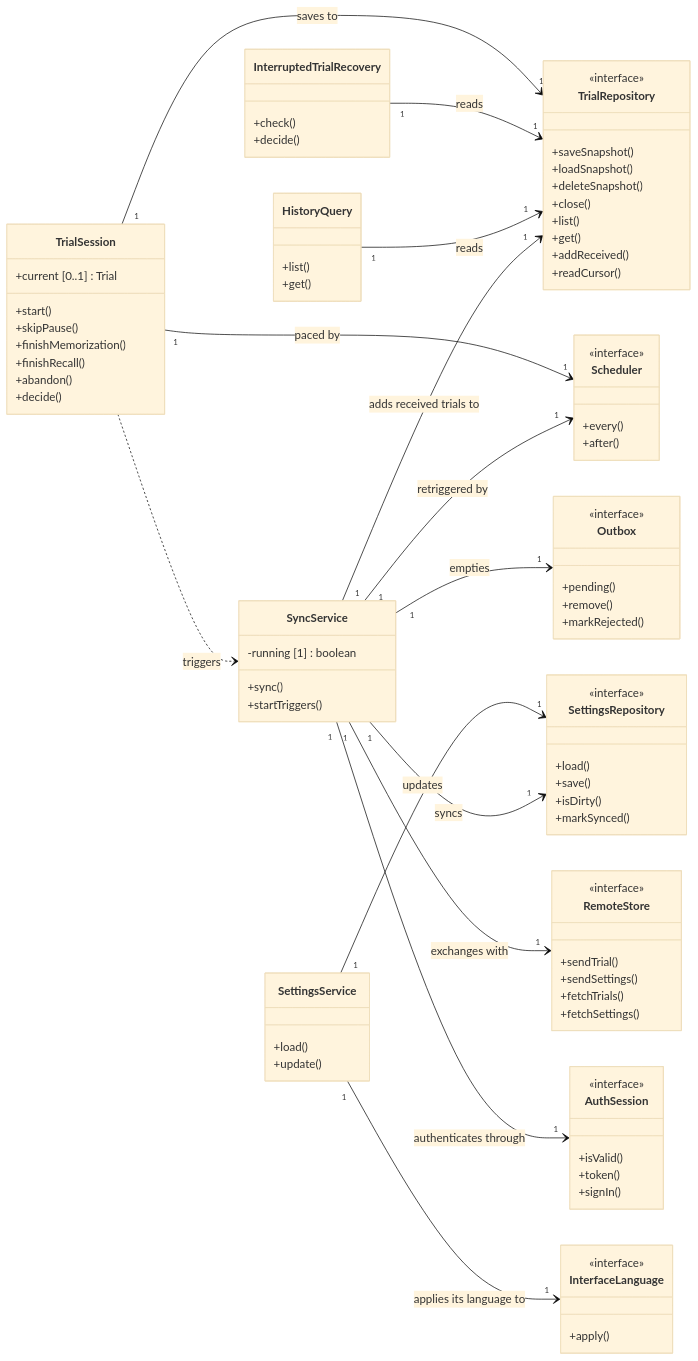
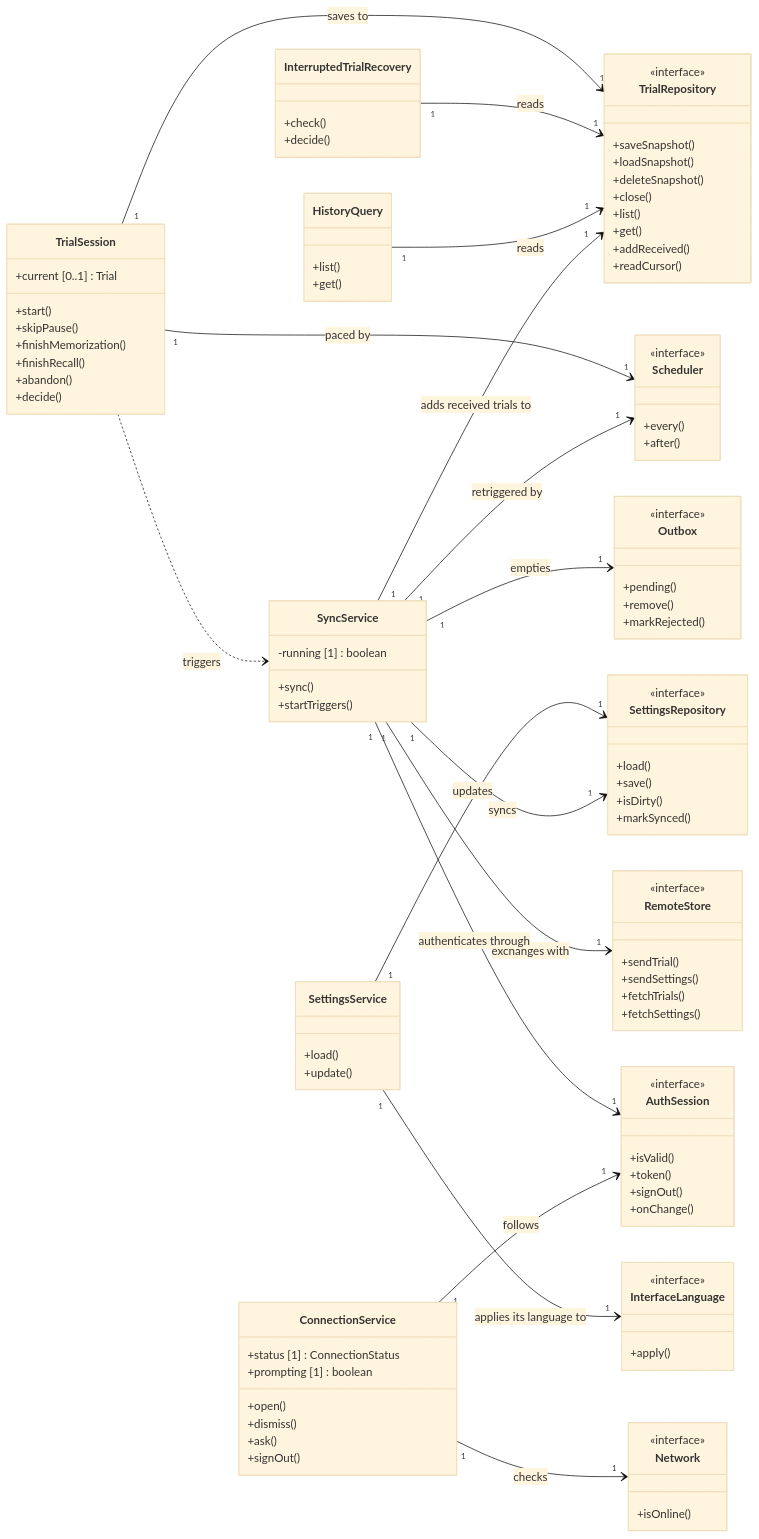
One commit to gabrielluthun/memory-trainer changed the second of 3 diagrams in docs/04-specifications/uml/classes.md. Above: the diagram before and after it, drawn with Mermaid (base theme). The commit also changed other lines of this file, not shown here.

Commit message:
docs(specs): add the connection service and network to the class diagram

````diff
--- a/docs/04-specifications/uml/classes.md
+++ b/docs/04-specifications/uml/classes.md
@@ -242,6 +242,14 @@
     class SettingsService {
         +load()
         +update()
+    }
+    class ConnectionService {
+        +status [1] : ConnectionStatus
+        +prompting [1] : boolean
+        +open()
+        +dismiss()
+        +ask()
+        +signOut()
     }
     class SyncService {
         -running [1] : boolean
@@ -287,7 +295,12 @@
         <<interface>>
         +isValid()
         +token()
-        +signIn()
+        +signOut()
+        +onChange()
+    }
+    class Network {
+        <<interface>>
+        +isOnline()
     }
     class Scheduler {
         <<interface>>
@@ -307,5 +320,7 @@
     SyncService "1" --> "1" SettingsRepository : syncs
     SyncService "1" --> "1" RemoteStore : exchanges with
     SyncService "1" --> "1" AuthSession : authenticates through
+    ConnectionService "1" --> "1" AuthSession : follows
+    ConnectionService "1" --> "1" Network : checks
     SyncService "1" --> "1" Scheduler : retriggered by
 ```
````
